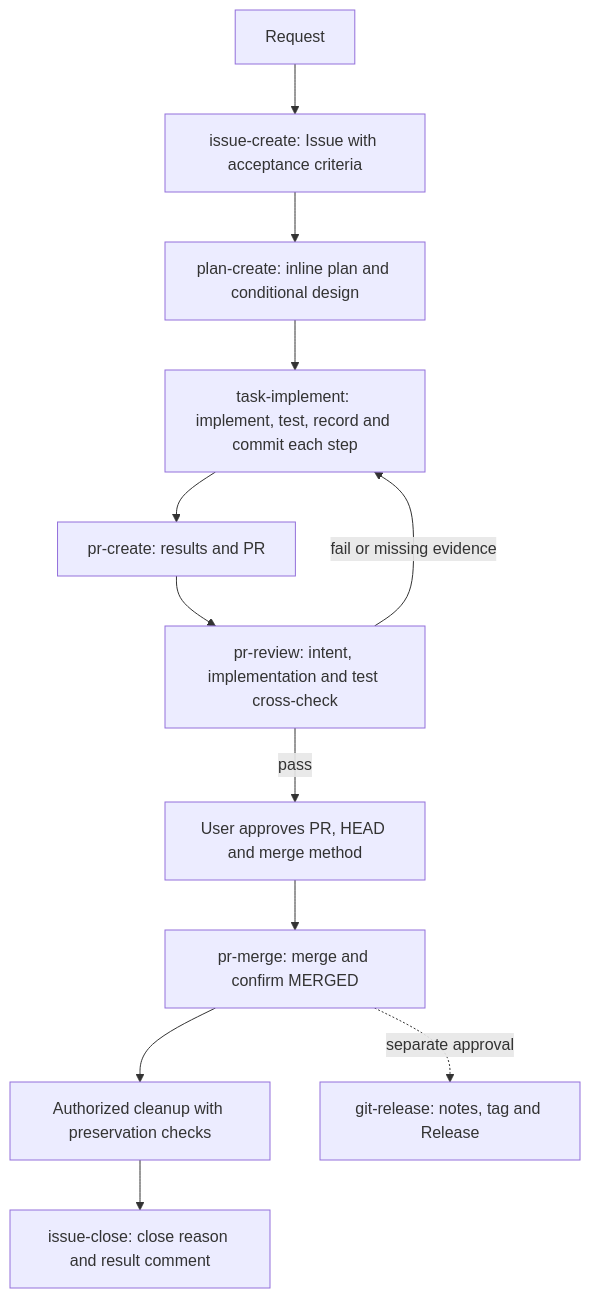
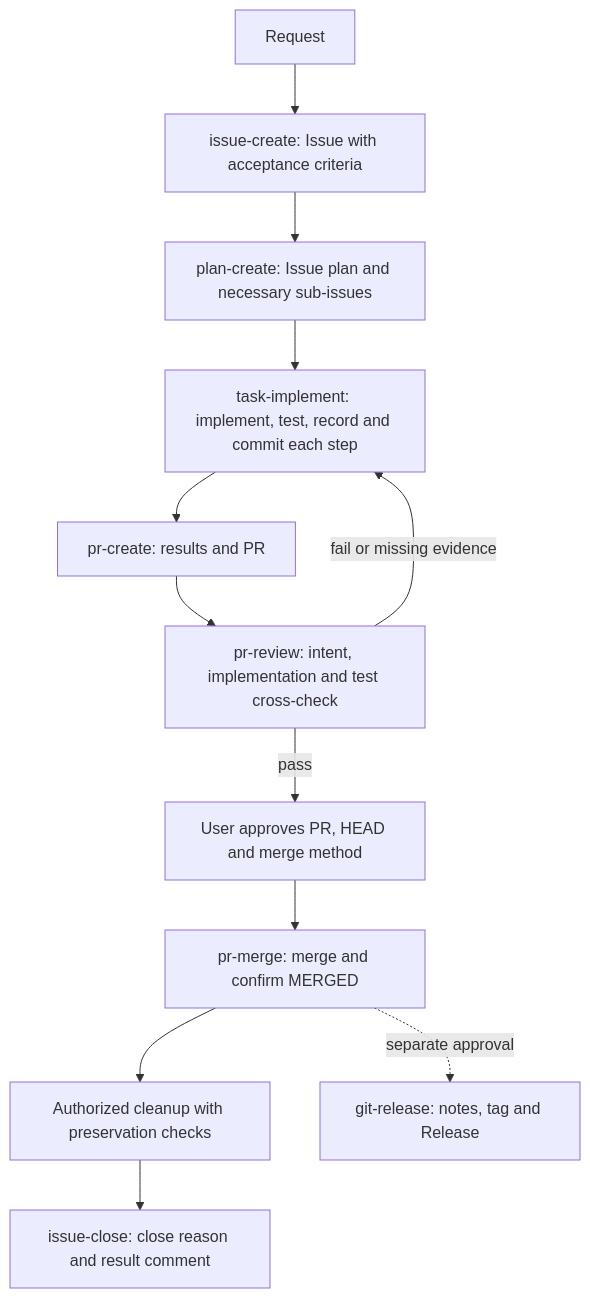
One commit to insung/git-workflow changed the diagram in README.md. Above: the diagram before and after it, drawn with Mermaid. The commit also changed other lines of this file and 21 other files, not shown here.

First line of the commit message:
feat(plan-create): Issue·sub-issue 기반 계획과 기록 통합

````diff
--- a/README.md
+++ b/README.md
@@ -42,14 +42,14 @@
 ```mermaid
 flowchart TD
     A[Request] --> B[issue-create: Issue with acceptance criteria]
-    B --> C[plan-create: inline plan and conditional design]
+    B --> C[plan-create: Issue plan and necessary sub-issues]
     C --> D[task-implement: implement, test, record and commit each step]
     D --> E[pr-create: results and PR]
     E --> F[pr-review: intent, implementation and test cross-check]
     F -->|fail or missing evidence| D
     F -->|pass| G[User approves PR, HEAD and merge method]
     G --> H[pr-merge: merge and confirm MERGED]
     H --> J[Authorized cleanup with preservation checks]
     J --> K[issue-close: close reason and result comment]
     H -. separate approval .-> I[git-release: notes, tag and Release]
 ```
````
